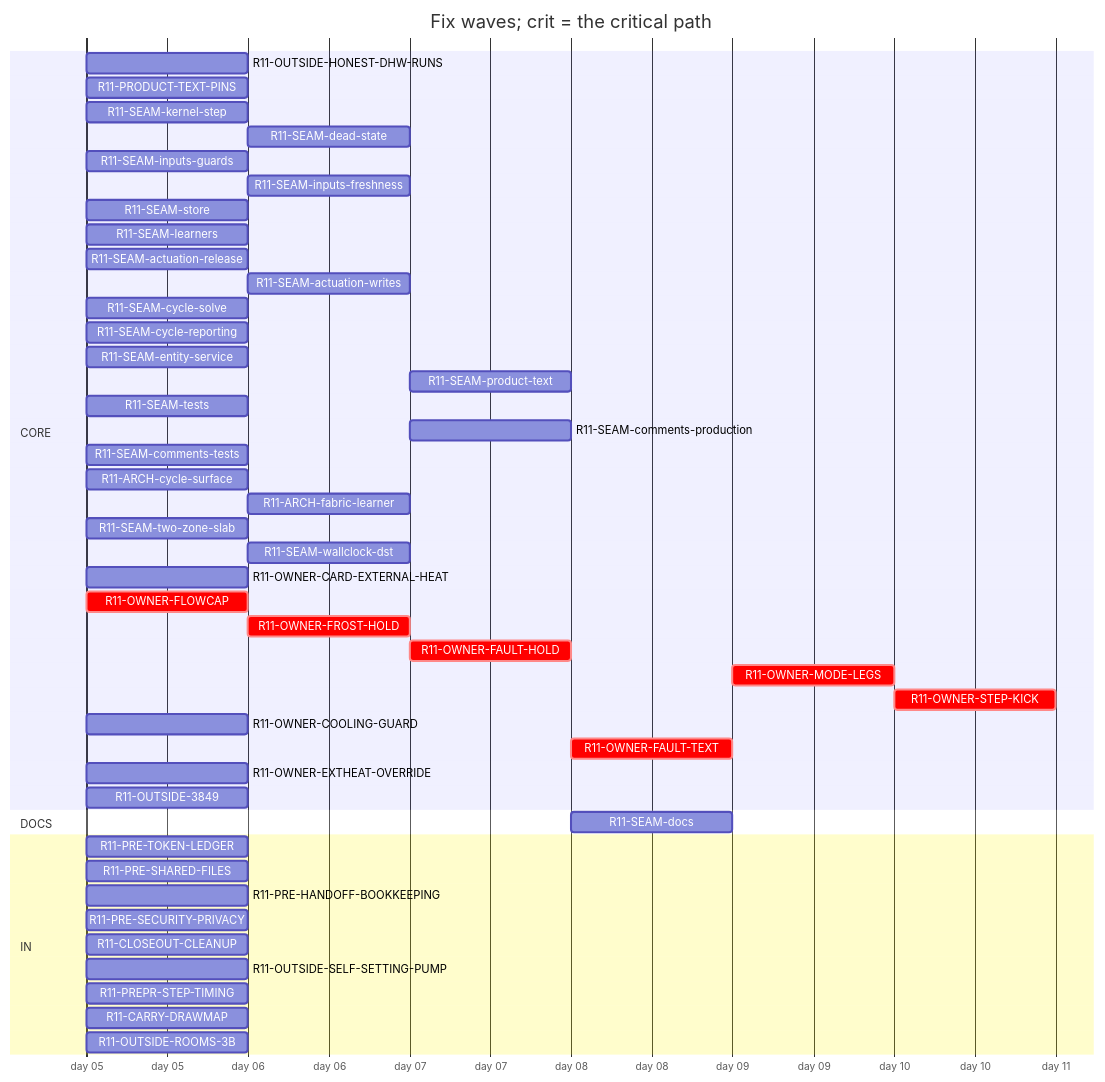
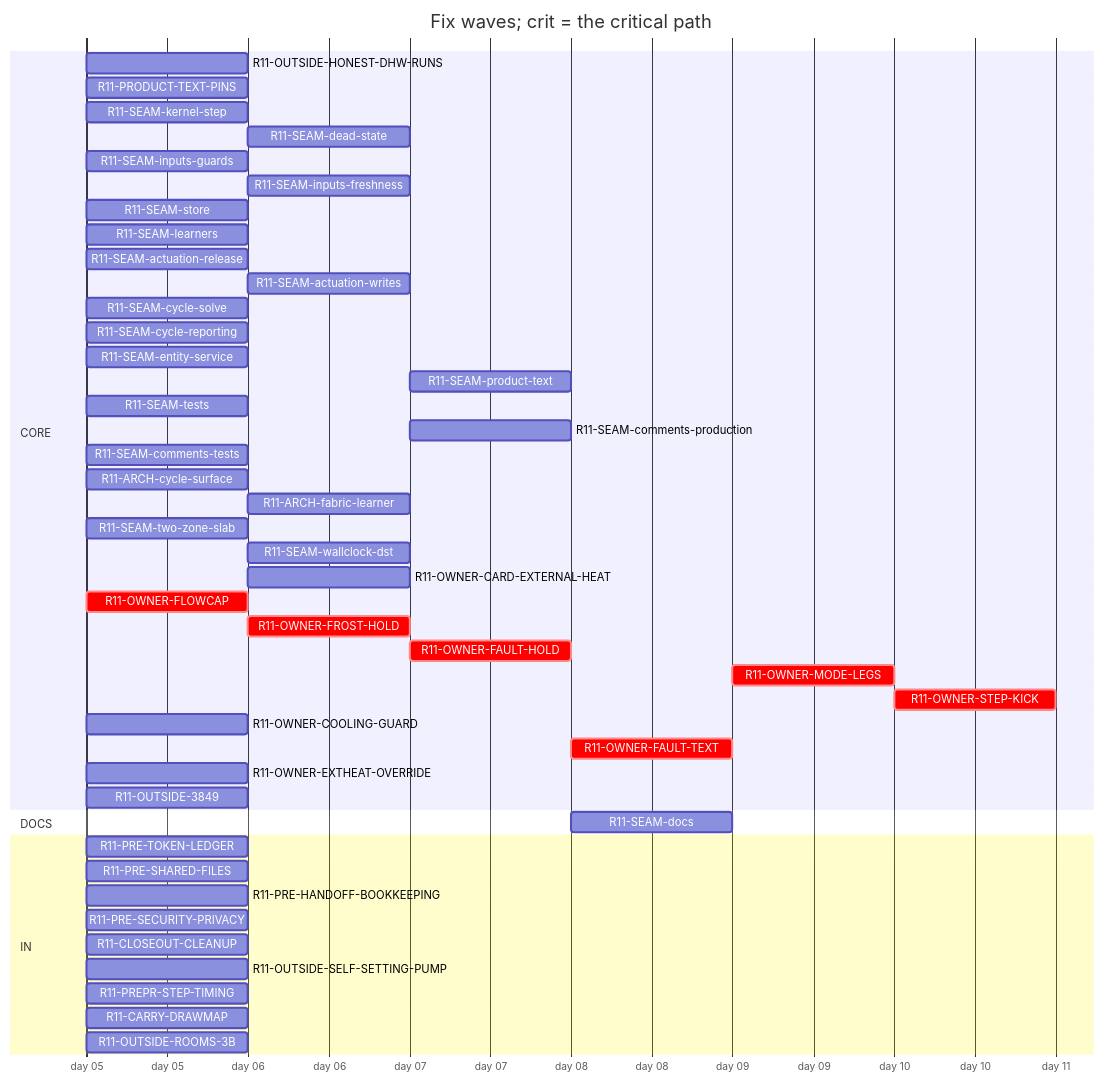
One commit to tvofi/heatpump_optimizer changed the diagram in handoff/round11/state/PLAN-TABLE.md. Above: the diagram before and after it, drawn with Mermaid. The commit also changed other lines of this file and 4 other files, not shown here.

Commit message:
state: FLOW-BOARD.md, NEXT-SESSION-PROMPT.md, PLAN-TABLE.md, PLAN.html, RESUME-CURRENT.md regenerated (state_docs.py)

````diff
--- a/handoff/round11/state/PLAN-TABLE.md
+++ b/handoff/round11/state/PLAN-TABLE.md
@@ -16,50 +16,50 @@
 ```mermaid
 gantt
   title Fix waves; crit = the critical path
   dateFormat YYYY-MM-DD
   axisFormat day %d
   section CORE
     R11-OUTSIDE-HONEST-DHW-RUNS :r11OUTSIDEHONESTDHWRUNS, 2026-01-05, 1d
     R11-PRODUCT-TEXT-PINS :r11PRODUCTTEXTPINS, 2026-01-05, 1d
     R11-SEAM-kernel-step :r11SEAMkernelstep, 2026-01-05, 1d
     R11-SEAM-dead-state :r11SEAMdeadstate, after r11SEAMstore, 1d
     R11-SEAM-inputs-guards :r11SEAMinputsguards, 2026-01-05, 1d
     R11-SEAM-inputs-freshness :r11SEAMinputsfreshness, after r11SEAMkernelstep, 1d
     R11-SEAM-store :r11SEAMstore, 2026-01-05, 1d
     R11-SEAM-learners :r11SEAMlearners, 2026-01-05, 1d
     R11-SEAM-actuation-release :r11SEAMactuationrelease, 2026-01-05, 1d
     R11-SEAM-actuation-writes :r11SEAMactuationwrites, after r11SEAMkernelstep r11SEAMactuationrelease, 1d
     R11-SEAM-cycle-solve :r11SEAMcyclesolve, 2026-01-05, 1d
     R11-SEAM-cycle-reporting :r11SEAMcyclereporting, 2026-01-05, 1d
     R11-SEAM-entity-service :r11SEAMentityservice, 2026-01-05, 1d
     R11-SEAM-product-text :r11SEAMproducttext, after r11SEAMactuationrelease r11SEAMactuationwrites r11SEAMentityservice r11SEAMinputsguards r11SEAMinputsfreshness r11SEAMcyclesolve r11SEAMcyclereporting, 1d
     R11-SEAM-tests :r11SEAMtests, 2026-01-05, 1d
     R11-SEAM-comments-production :r11SEAMcommentsproduction, after r11SEAMactuationrelease r11SEAMactuationwrites r11SEAMentityservice r11SEAMinputsguards r11SEAMinputsfreshness r11SEAMcyclesolve r11SEAMcyclereporting, 1d
     R11-SEAM-comments-tests :r11SEAMcommentstests, 2026-01-05, 1d
     R11-ARCH-cycle-surface :r11ARCHcyclesurface, 2026-01-05, 1d
     R11-ARCH-fabric-learner :r11ARCHfabriclearner, after r11SEAMlearners, 1d
     R11-SEAM-two-zone-slab :r11SEAMtwozoneslab, 2026-01-05, 1d
     R11-SEAM-wallclock-dst :r11SEAMwallclockdst, after r11SEAMkernelstep, 1d
-    R11-OWNER-CARD-EXTERNAL-HEAT :r11OWNERCARDEXTERNALHEAT, 2026-01-05, 1d
+    R11-OWNER-CARD-EXTERNAL-HEAT :r11OWNERCARDEXTERNALHEAT, after r11OWNEREXTHEATOVERRIDE, 1d
     R11-OWNER-FLOWCAP :crit, r11OWNERFLOWCAP, 2026-01-05, 1d
     R11-OWNER-FROST-HOLD :crit, r11OWNERFROSTHOLD, after r11OWNERFLOWCAP, 1d
     R11-OWNER-FAULT-HOLD :crit, r11OWNERFAULTHOLD, after r11OWNERFROSTHOLD, 1d
     R11-OWNER-MODE-LEGS :crit, r11OWNERMODELEGS, after r11OWNERFAULTTEXT, 1d
     R11-OWNER-STEP-KICK :crit, r11OWNERSTEPKICK, after r11OWNERMODELEGS, 1d
     R11-OWNER-COOLING-GUARD :r11OWNERCOOLINGGUARD, 2026-01-05, 1d
     R11-OWNER-FAULT-TEXT :crit, r11OWNERFAULTTEXT, after r11OWNERFAULTHOLD, 1d
     R11-OWNER-EXTHEAT-OVERRIDE :r11OWNEREXTHEATOVERRIDE, 2026-01-05, 1d
     R11-OUTSIDE-3849 :r11OUTSIDE3849, 2026-01-05, 1d
   section DOCS
     R11-SEAM-docs :r11SEAMdocs, after r11SEAMlearners r11SEAMactuationrelease r11SEAMactuationwrites r11SEAMentityservice r11SEAMinputsguards r11SEAMinputsfreshness r11SEAMcyclesolve r11SEAMcyclereporting r11SEAMproducttext, 1d
   section IN
     R11-PRE-TOKEN-LEDGER :r11PRETOKENLEDGER, 2026-01-05, 1d
     R11-PRE-SHARED-FILES :r11PRESHAREDFILES, 2026-01-05, 1d
     R11-PRE-HANDOFF-BOOKKEEPING :r11PREHANDOFFBOOKKEEPING, 2026-01-05, 1d
     R11-PRE-SECURITY-PRIVACY :r11PRESECURITYPRIVACY, 2026-01-05, 1d
     R11-CLOSEOUT-CLEANUP :r11CLOSEOUTCLEANUP, 2026-01-05, 1d
     R11-OUTSIDE-SELF-SETTING-PUMP :r11OUTSIDESELFSETTINGPUMP, 2026-01-05, 1d
     R11-PREPR-STEP-TIMING :r11PREPRSTEPTIMING, 2026-01-05, 1d
     R11-CARRY-DRAWMAP :r11CARRYDRAWMAP, 2026-01-05, 1d
     R11-OUTSIDE-ROOMS-3B :r11OUTSIDEROOMS3B, 2026-01-05, 1d
 ```
````
